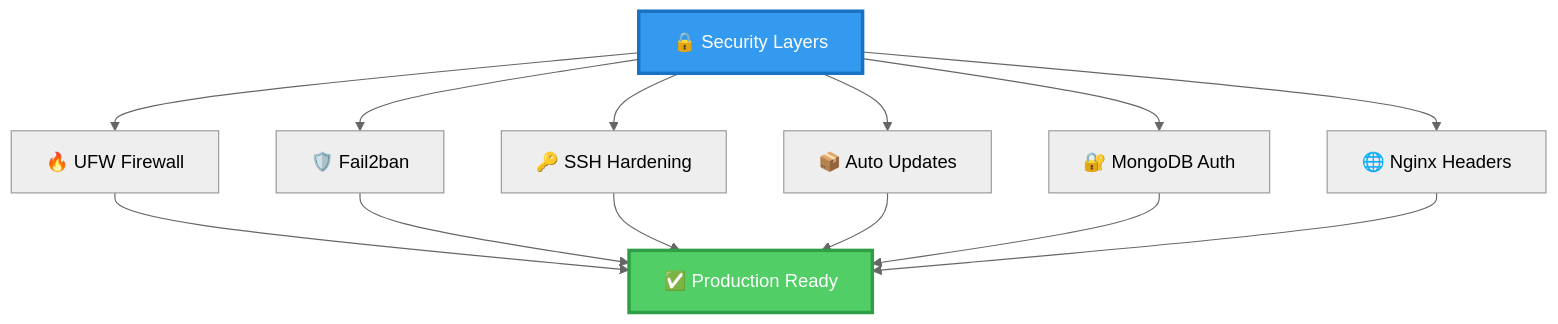
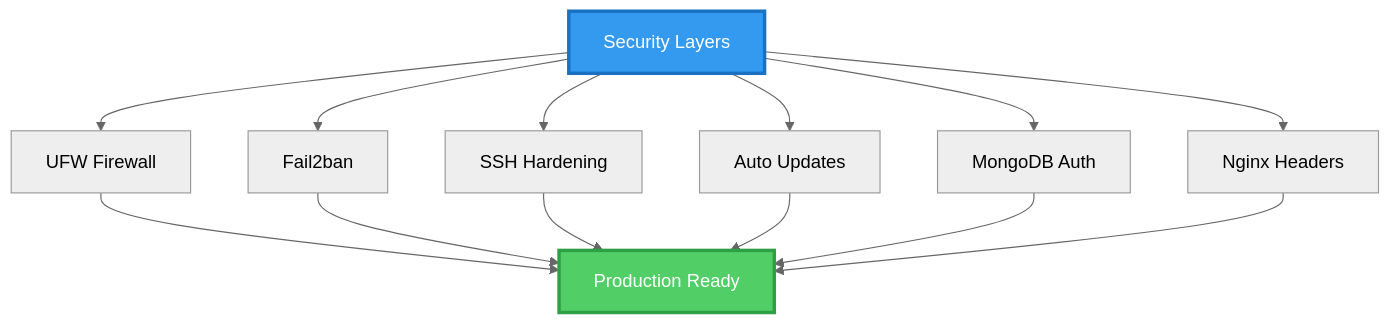
Before and after one commit to naveed-gung/Auto-Server-Script: the second of 7 diagrams in README.md, drawn with Mermaid (neutral theme). The commit also changed other lines of this file and 1 other file, not shown here.

````diff
--- a/README.md
+++ b/README.md
@@ -223,19 +221,19 @@
 ```mermaid
 graph TD
-    A[🔒 Security Layers] --> B[🔥 UFW Firewall]
-    A --> C[🛡️ Fail2ban]
-    A --> D[🔑 SSH Hardening]
-    A --> E[📦 Auto Updates]
-    A --> F[🔐 MongoDB Auth]
-    A --> G[🌐 Nginx Headers]
-    
-    B --> H[✅ Production Ready]
-    C --> H
-    D --> H
-    E --> H
-    F --> H
-    G --> H
-    
-    style A fill:#339af0,stroke:#1971c2,stroke-width:3px,color:#fff
-    style H fill:#51cf66,stroke:#2f9e44,stroke-width:3px,color:#fff
+A[ Security Layers] --> B[ UFW Firewall]
+A --> C[ Fail2ban]
+A --> D[ SSH Hardening]
+A --> E[ Auto Updates]
+A --> F[ MongoDB Auth]
+A --> G[ Nginx Headers]
+
+B --> H[ Production Ready]
+C --> H
+D --> H
+E --> H
+F --> H
+G --> H
+
+style A fill:#339af0,stroke:#1971c2,stroke-width:3px,color:#fff
+style H fill:#51cf66,stroke:#2f9e44,stroke-width:3px,color:#fff
 ```
````
